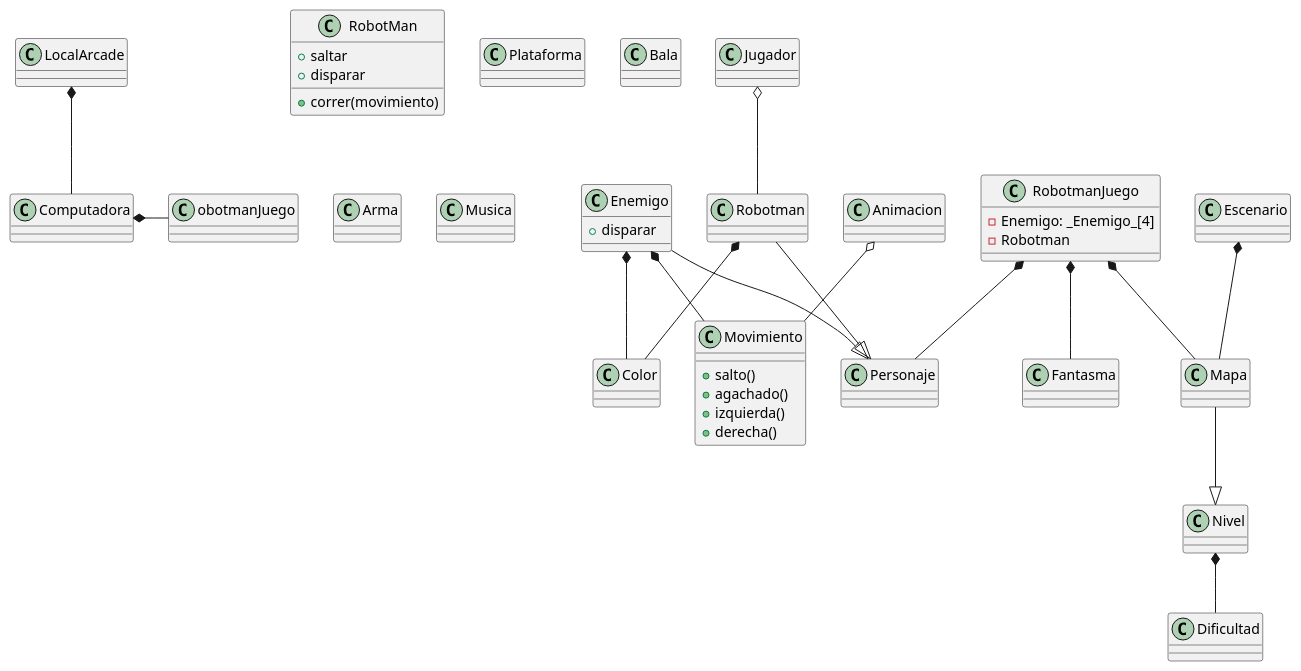
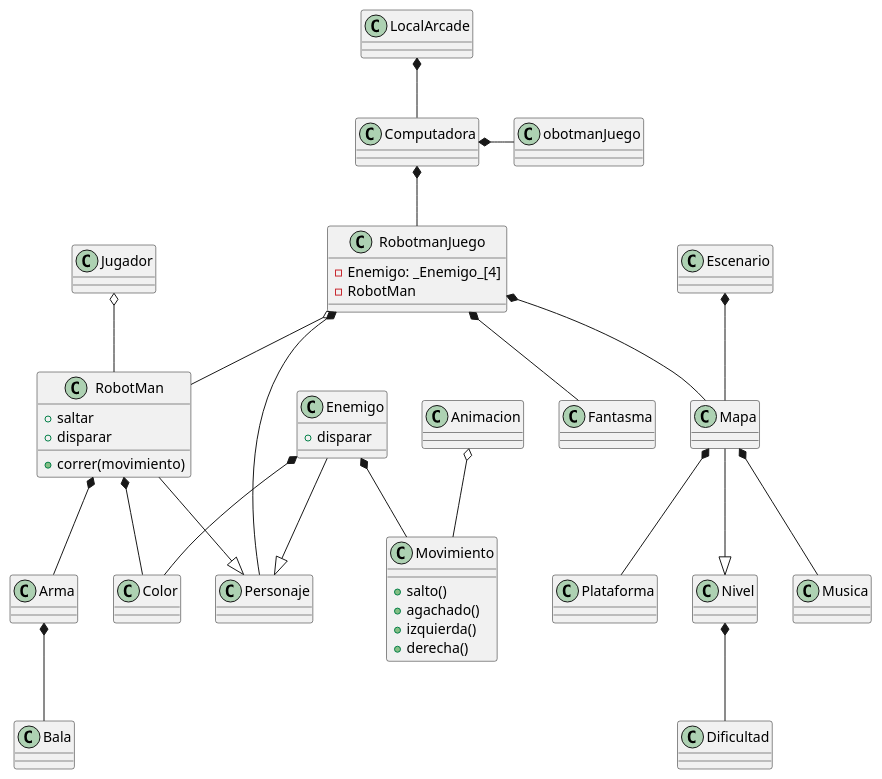
Before and after one commit to IsmaelFlores64/robot-man: the diagram in docs/diagrama.puml, drawn with PlantUML. The commit also changed 4 other files, not shown here.

```diff
--- a/docs/diagrama.puml
+++ b/docs/diagrama.puml
@@ -1,55 +1,61 @@
 @startuml Robot-man
 class RobotMan
 {
 +saltar
 +correr(movimiento)
 +disparar
 }
 class Enemigo
 {
 +disparar
 }
 class Plataforma
 class LocalArcade
 class RobotmanJuego
 {
     -Enemigo: _Enemigo_[4]
-    -Robotman
+    -RobotMan
 }
 class Personaje
 class Escenario
 class Mapa
 class Color
 class Bala
 class Arma
 class Dificultad
 class Animacion
 class Movimiento
 {
 +salto()
 +agachado()
 +izquierda()
 +derecha()
 }
 class Jugador 
 class Nivel
 class Musica
 class Computadora
 
 Computadora *--RobotmanJuego
 RobotmanJuego *--Mapa
 Mapa --|> Nivel
+Mapa *-- Plataforma
+Mapa *-- Musica
 RobotmanJuego *-- Personaje
-Robotman --|> Personaje
-Robotman *-- Color
+RobotMan --|> Personaje
+RobotMan *-- Color
 Enemigo --|> Personaje
 Enemigo *-- Color
 RobotmanJuego *-- Fantasma
 LocalArcade *-- Computadora
+Computadora *-- RobotmanJuego
 Enemigo *-- Movimiento
-Jugador o-- Robotman
+Jugador o-- RobotMan
 Nivel *-- Dificultad
 Animacion o-- Movimiento
 Escenario *-- Mapa
+Arma *-- Bala
+RobotMan *-- Arma
+RobotmanJuego o-- RobotMan
 
 @enduml
```
